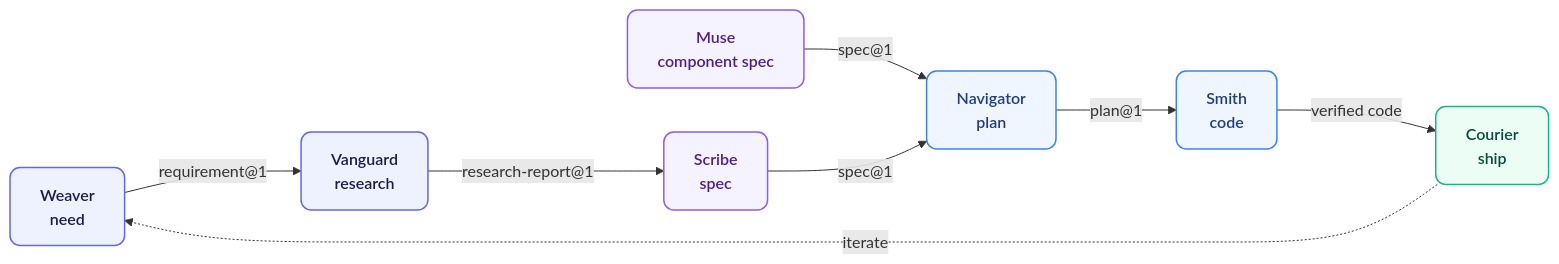
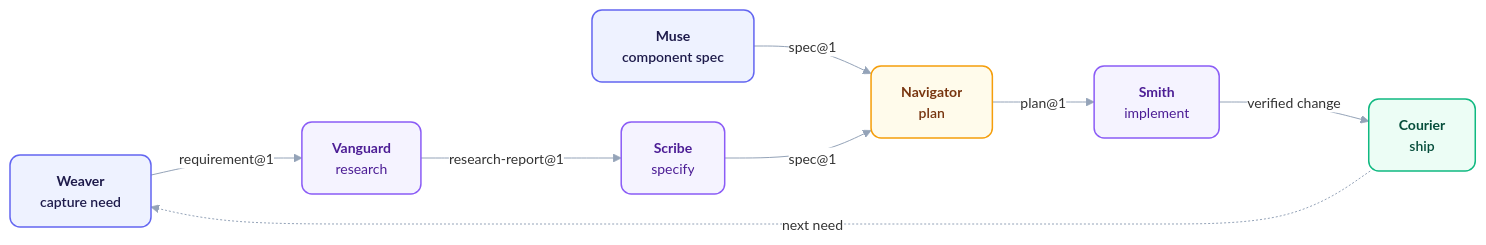
One commit to orin-dx/agent-plugins changed the first of 2 diagrams in README.md. Above: the diagram before and after it, drawn with Mermaid. The commit also changed other lines of this file and 12 other files, not shown here.

Commit message:
docs: refresh Mermaid diagrams and visual standard

````diff
--- a/README.md
+++ b/README.md
@@ -27,21 +27,21 @@
 ```mermaid
-%%{init: {'flowchart': {'curve': 'basis', 'nodeSpacing': 44, 'rankSpacing': 68}}}%%
+%%{init: {'theme': 'base', 'flowchart': {'curve': 'basis', 'nodeSpacing': 40, 'rankSpacing': 56}, 'themeVariables': {'fontFamily': 'Inter, ui-sans-serif, system-ui, sans-serif', 'fontSize': '14px', 'lineColor': '#94a3b8', 'edgeLabelBackground': '#ffffff'}}}%%
 flowchart LR
-    classDef define fill:#eef2ff,stroke:#6366f1,stroke-width:1.5px,color:#1e1b4b,rx:10,ry:10,font-size:16px,font-weight:600;
-    classDef design fill:#f5f3ff,stroke:#8b5cf6,stroke-width:1.5px,color:#4c1d95,rx:10,ry:10,font-size:16px,font-weight:600;
-    classDef build fill:#eff6ff,stroke:#3b82f6,stroke-width:1.5px,color:#1e3a8a,rx:10,ry:10,font-size:16px,font-weight:600;
-    classDef ship fill:#ecfdf5,stroke:#10b981,stroke-width:1.5px,color:#064e3b,rx:10,ry:10,font-size:16px,font-weight:600;
+    classDef source fill:#eef2ff,stroke:#6366f1,stroke-width:1.5px,color:#1e1b4b,rx:10px,ry:10px,font-weight:600;
+    classDef engine fill:#f5f3ff,stroke:#8b5cf6,stroke-width:1.5px,color:#4c1d95,rx:10px,ry:10px;
+    classDef router fill:#fffbeb,stroke:#f59e0b,stroke-width:1.5px,color:#78350f,rx:10px,ry:10px,font-weight:600;
+    classDef output fill:#ecfdf5,stroke:#10b981,stroke-width:1.5px,color:#064e3b,rx:10px,ry:10px,font-weight:600;
 
-    we[Weaver\nneed] -->|"requirement@1"| va[Vanguard\nresearch]
-    va -->|"research-report@1"| sc[Scribe\nspec]
-    mu[Muse\ncomponent spec] -->|"spec@1"| na[Navigator\nplan]
+    we["<b>Weaver</b><br/>capture need"] -->|"requirement@1"| va["<b>Vanguard</b><br/>research"]
+    va -->|"research-report@1"| sc["<b>Scribe</b><br/>specify"]
+    mu["<b>Muse</b><br/>component spec"] -->|"spec@1"| na["<b>Navigator</b><br/>plan"]
     sc -->|"spec@1"| na
-    na -->|"plan@1"| sm[Smith\ncode]
-    sm -->|"verified code"| co[Courier\nship]
-    co -. iterate .-> we
+    na -->|"plan@1"| sm["<b>Smith</b><br/>implement"]
+    sm -->|"verified change"| co["<b>Courier</b><br/>ship"]
+    co -.->|"next need"| we
 
-    class we,va define
-    class sc,mu design
-    class na,sm build
-    class co ship
+    class we,mu source
+    class va,sc,sm engine
+    class na router
+    class co output
 ```
````
